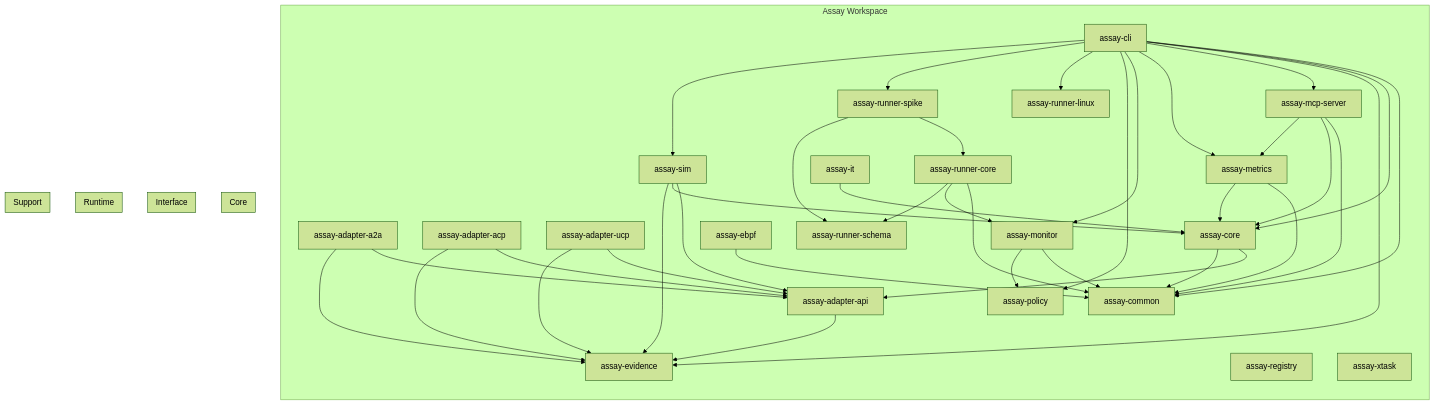
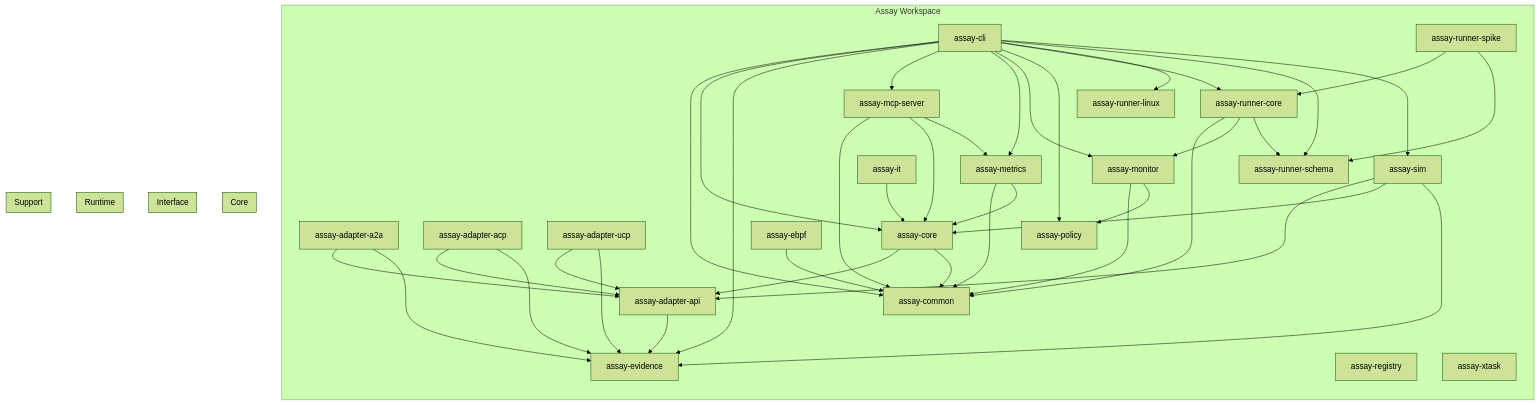
One commit to Rul1an/assay changed the diagram in docs/generated/crate-deps.mermaid. Above: the diagram before and after it, drawn with Mermaid (forest theme). The commit also changed 1 other file, not shown here.

Commit message:
docs: auto-update diagrams and crate info

```diff
--- a/docs/generated/crate-deps.mermaid
+++ b/docs/generated/crate-deps.mermaid
@@ -1,87 +1,88 @@
 flowchart TB
     subgraph workspace["Assay Workspace"]
         direction TB
         assay_adapter_a2a["assay-adapter-a2a"]
         assay_adapter_acp["assay-adapter-acp"]
         assay_adapter_api["assay-adapter-api"]
         assay_adapter_ucp["assay-adapter-ucp"]
         assay_cli["assay-cli"]
         assay_common["assay-common"]
         assay_core["assay-core"]
         assay_ebpf["assay-ebpf"]
         assay_evidence["assay-evidence"]
         assay_it["assay-it"]
         assay_mcp_server["assay-mcp-server"]
         assay_metrics["assay-metrics"]
         assay_monitor["assay-monitor"]
         assay_policy["assay-policy"]
         assay_registry["assay-registry"]
         assay_runner_core["assay-runner-core"]
         assay_runner_linux["assay-runner-linux"]
         assay_runner_schema["assay-runner-schema"]
         assay_runner_spike["assay-runner-spike"]
         assay_sim["assay-sim"]
         assay_xtask["assay-xtask"]
     end
 
     assay_adapter_a2a --> assay_adapter_api
     assay_adapter_a2a --> assay_evidence
     assay_adapter_acp --> assay_adapter_api
     assay_adapter_acp --> assay_evidence
     assay_adapter_api --> assay_evidence
     assay_adapter_ucp --> assay_adapter_api
     assay_adapter_ucp --> assay_evidence
     assay_cli --> assay_common
     assay_cli --> assay_core
     assay_cli --> assay_evidence
     assay_cli --> assay_mcp_server
     assay_cli --> assay_metrics
     assay_cli --> assay_monitor
     assay_cli --> assay_policy
+    assay_cli --> assay_runner_core
     assay_cli --> assay_runner_linux
-    assay_cli --> assay_runner_spike
+    assay_cli --> assay_runner_schema
     assay_cli --> assay_sim
     assay_core --> assay_adapter_api
     assay_core --> assay_common
     assay_ebpf --> assay_common
     assay_it --> assay_core
     assay_mcp_server --> assay_common
     assay_mcp_server --> assay_core
     assay_mcp_server --> assay_metrics
     assay_metrics --> assay_common
     assay_metrics --> assay_core
     assay_monitor --> assay_common
     assay_monitor --> assay_policy
     assay_runner_core --> assay_common
     assay_runner_core --> assay_monitor
     assay_runner_core --> assay_runner_schema
     assay_runner_spike --> assay_runner_core
     assay_runner_spike --> assay_runner_schema
     assay_sim --> assay_adapter_api
     assay_sim --> assay_core
     assay_sim --> assay_evidence
 
     %% Logical groupings for readability
     subgraph core["Core"]
         assay_core
         assay_metrics
         assay_policy
         assay_evidence
         assay_common
     end
 
     subgraph interface["Interface"]
         assay_cli
         assay_mcp_server
     end
 
     subgraph runtime["Runtime"]
         assay_monitor
         assay_ebpf
     end
 
     subgraph support["Support"]
         assay_sim
         assay_xtask
         assay_registry
     end
```
